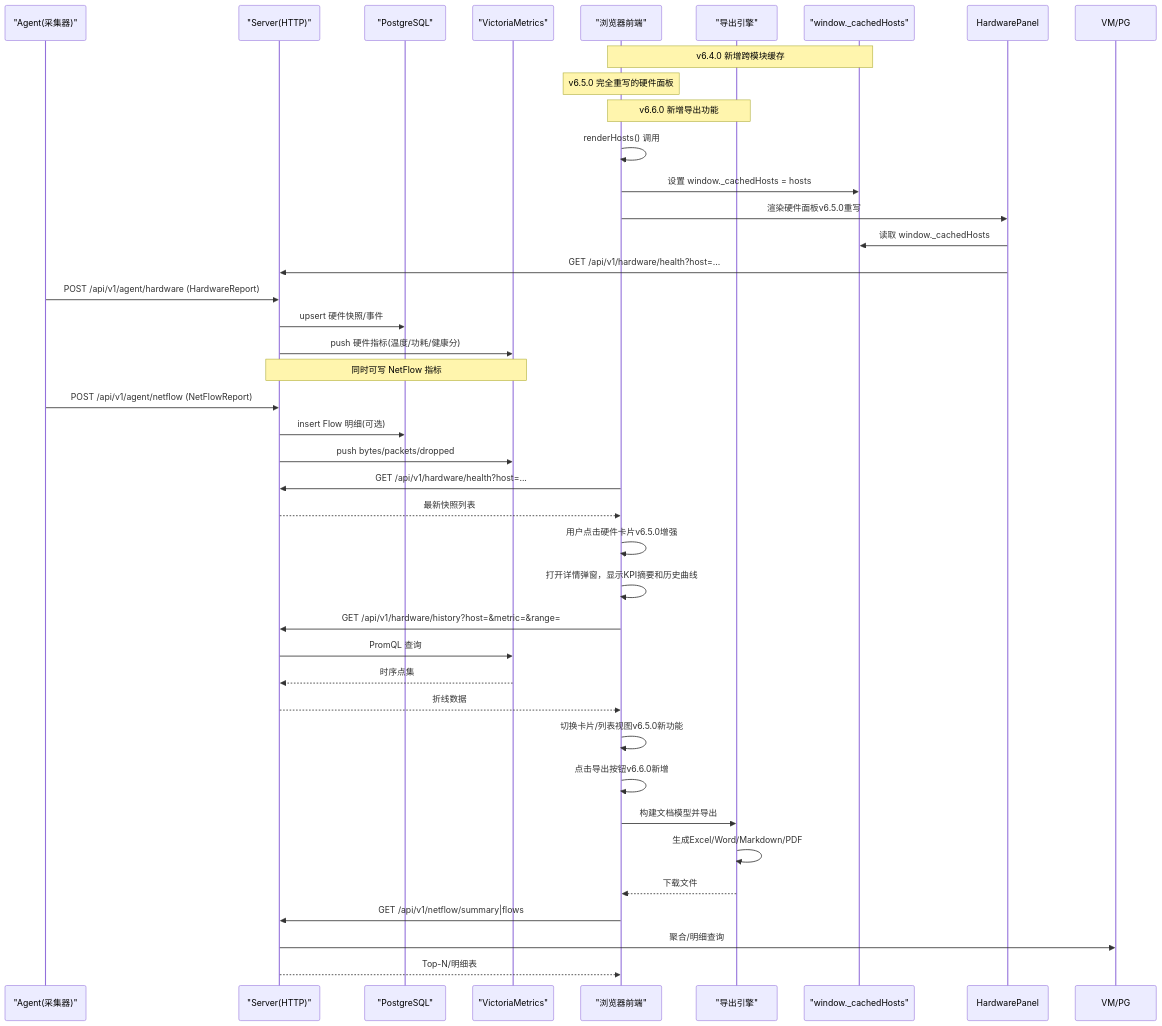
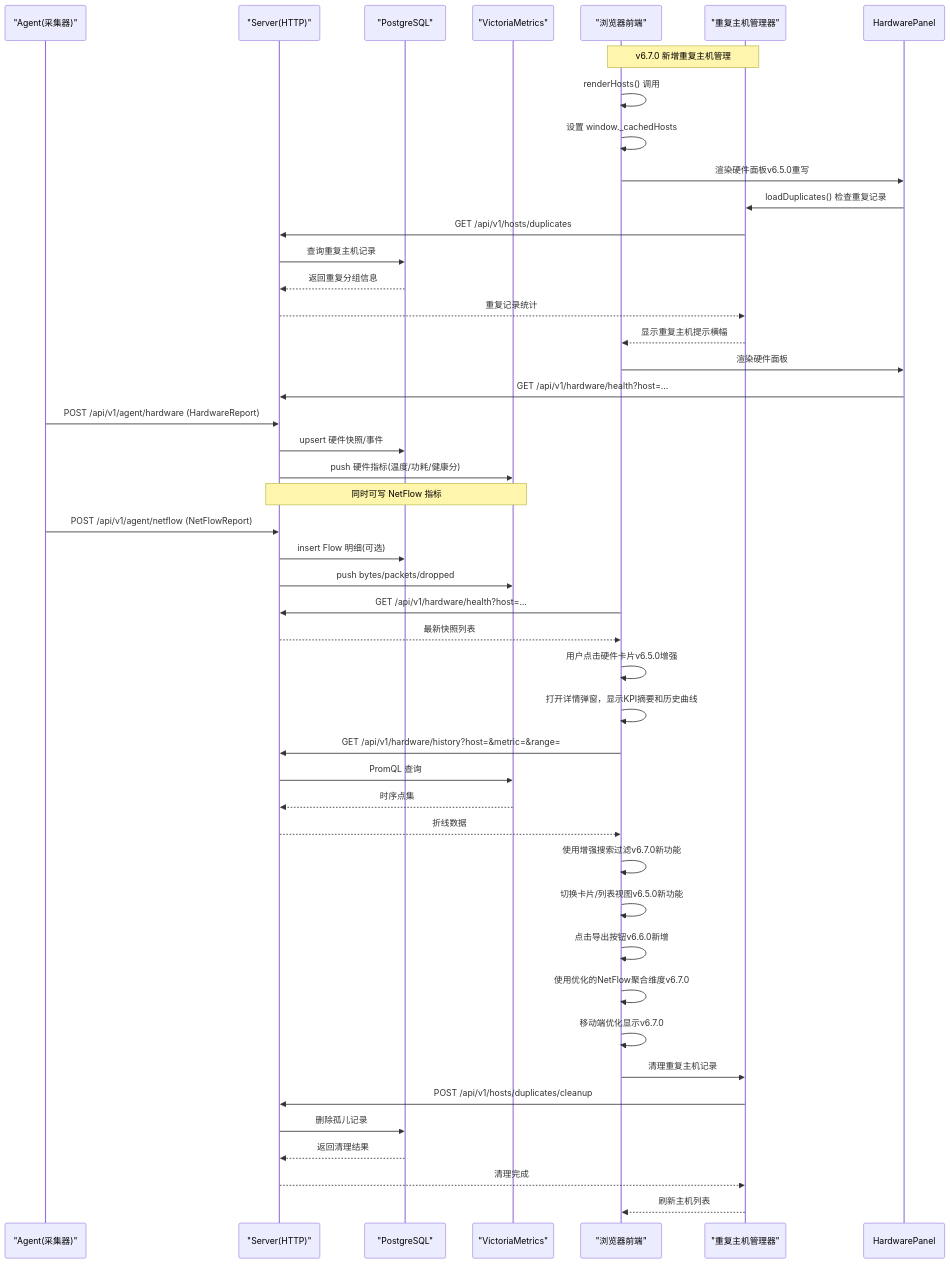
The second of 11 diagrams in .qoder/repowiki/zh/content/核心功能/监控系统/硬件监控仪表板.md (sreyun/aiops-monitor), drawn with Mermaid before and after one commit. The commit also changed other lines of this file and 41 other files, not shown here.

````diff
--- a/.qoder/repowiki/zh/content/核心功能/监控系统/硬件监控仪表板.md
+++ b/.qoder/repowiki/zh/content/核心功能/监控系统/硬件监控仪表板.md
@@ -188,41 +202,47 @@
 ```mermaid
 sequenceDiagram
 participant Agent as "Agent(采集器)"
 participant Server as "Server(HTTP)"
 participant PG as "PostgreSQL"
 participant VM as "VictoriaMetrics"
 participant UI as "浏览器前端"
-participant Export as "导出引擎"
-participant Cache as "window._cachedHosts"
-Note over UI,Cache : v6.4.0 新增跨模块缓存
-Note over UI : v6.5.0 完全重写的硬件面板
-Note over UI,Export : v6.6.0 新增导出功能
+participant DupMgr as "重复主机管理器"
+Note over UI,DupMgr : v6.7.0 新增重复主机管理
 UI->>UI : renderHosts() 调用
-UI->>Cache : 设置 window._cachedHosts = hosts
+UI->>UI : 设置 window._cachedHosts
 UI->>HardwarePanel : 渲染硬件面板v6.5.0重写
-HardwarePanel->>Cache : 读取 window._cachedHosts
+HardwarePanel->>DupMgr : loadDuplicates() 检查重复记录
+DupMgr->>Server : GET /api/v1/hosts/duplicates
+Server->>PG : 查询重复主机记录
+PG-->>Server : 返回重复分组信息
+Server-->>DupMgr : 重复记录统计
+DupMgr-->>UI : 显示重复主机提示横幅
+UI->>HardwarePanel : 渲染硬件面板
 HardwarePanel->>Server : GET /api/v1/hardware/health?host=...
 Agent->>Server : POST /api/v1/agent/hardware (HardwareReport)
 Server->>PG : upsert 硬件快照/事件
 Server->>VM : push 硬件指标(温度/功耗/健康分)
 Note over Server,VM : 同时可写 NetFlow 指标
 Agent->>Server : POST /api/v1/agent/netflow (NetFlowReport)
 Server->>PG : insert Flow 明细(可选)
 Server->>VM : push bytes/packets/dropped
 UI->>Server : GET /api/v1/hardware/health?host=...
 Server-->>UI : 最新快照列表
 UI->>UI : 用户点击硬件卡片v6.5.0增强
 UI->>UI : 打开详情弹窗，显示KPI摘要和历史曲线
 UI->>Server : GET /api/v1/hardware/history?host=&metric=&range=
 Server->>VM : PromQL 查询
 VM-->>Server : 时序点集
 Server-->>UI : 折线数据
+UI->>UI : 使用增强搜索过滤v6.7.0新功能
 UI->>UI : 切换卡片/列表视图v6.5.0新功能
 UI->>UI : 点击导出按钮v6.6.0新增
-UI->>Export : 构建文档模型并导出
-Export->>Export : 生成Excel/Word/Markdown/PDF
-Export-->>UI : 下载文件
-UI->>Server : GET /api/v1/netflow/summary|flows
-Server->>VM/PG : 聚合/明细查询
-Server-->>UI : Top-N/明细表
+UI->>UI : 使用优化的NetFlow聚合维度v6.7.0
+UI->>UI : 移动端优化显示v6.7.0
+UI->>DupMgr : 清理重复主机记录
+DupMgr->>Server : POST /api/v1/hosts/duplicates/cleanup
+Server->>PG : 删除孤儿记录
+PG-->>Server : 返回清理结果
+Server-->>DupMgr : 清理完成
+DupMgr-->>UI : 刷新主机列表
 ```
````
